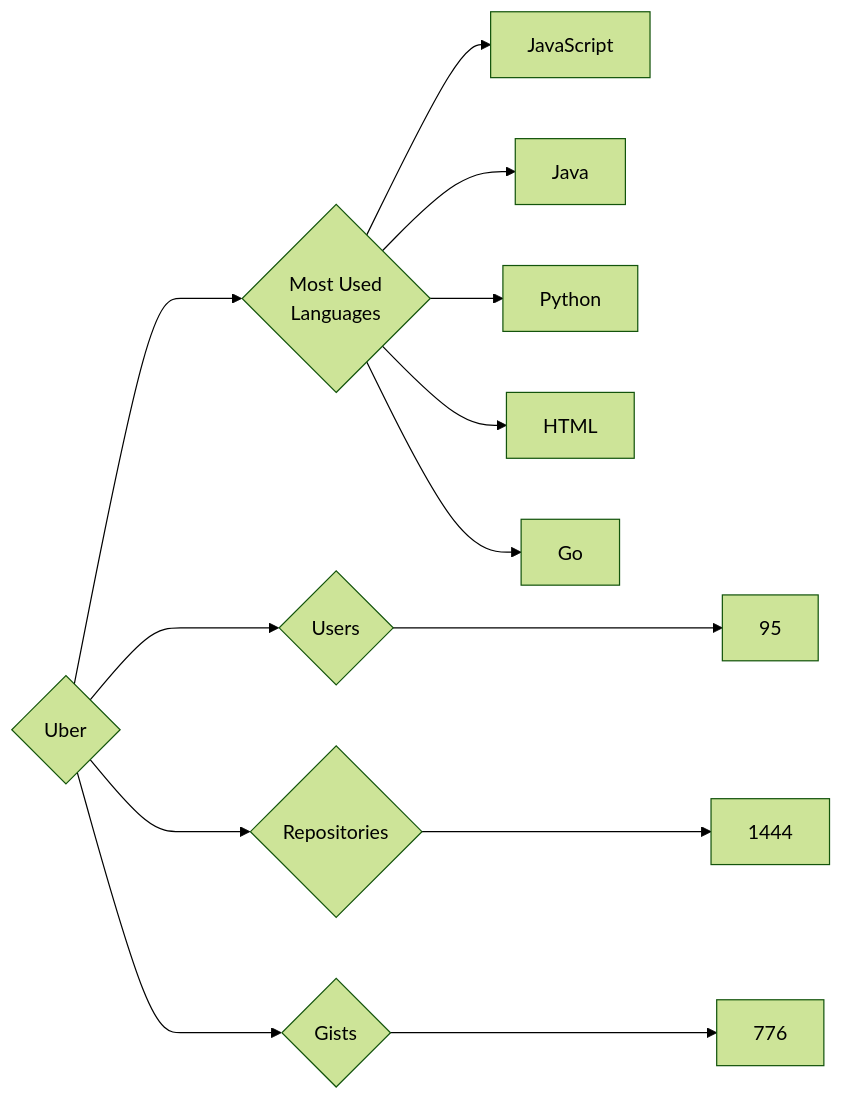
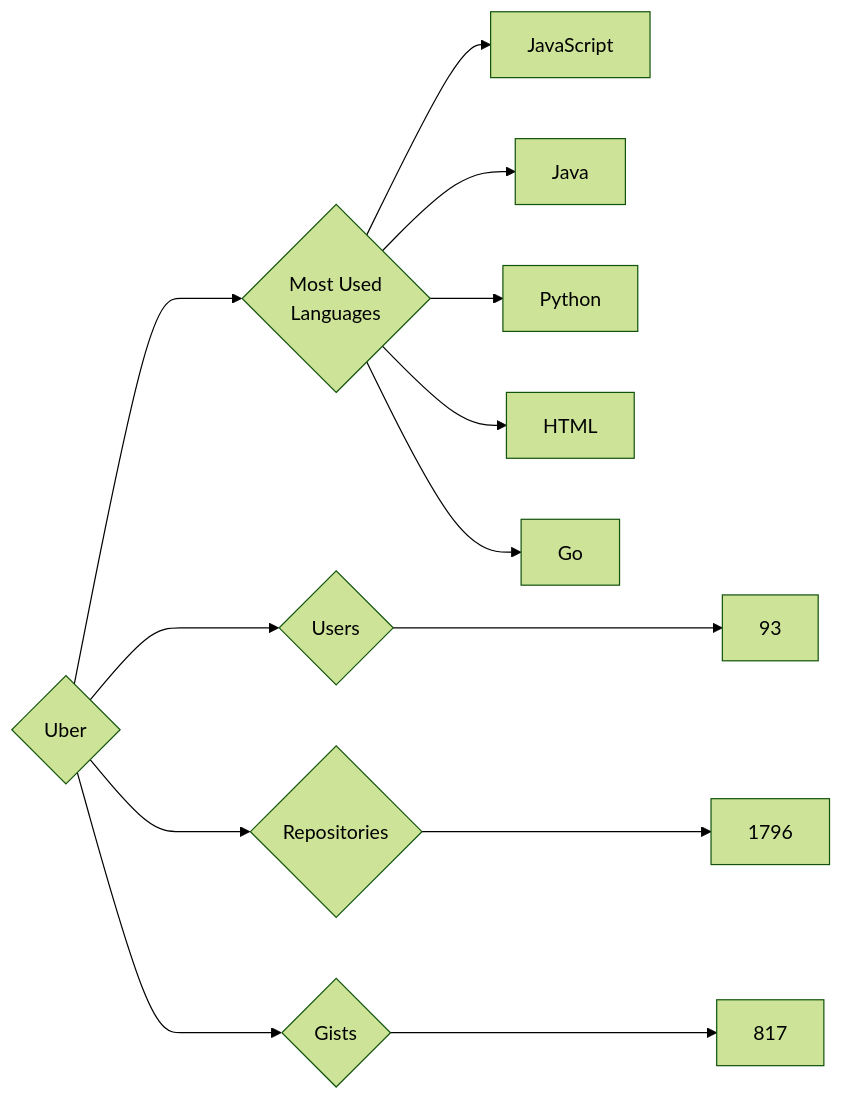
The diagram in targets/Uber/README.md (trickest/insiders), drawn with Mermaid (forest theme) before and after one commit. The commit also changed 939 other files, not shown here.

````diff
--- a/targets/Uber/README.md
+++ b/targets/Uber/README.md
@@ -3,13 +3,13 @@
 ```mermaid
 graph LR
 COMPANY_NAME{Uber}
-COMPANY_NAME ---> U{Users} ---> UN[95]
-COMPANY_NAME ---> R{Repositories} ---> RN[1444]
-COMPANY_NAME ---> G{Gists} ---> GN[776]
+COMPANY_NAME ---> U{Users} ---> UN[93]
+COMPANY_NAME ---> R{Repositories} ---> RN[1796]
+COMPANY_NAME ---> G{Gists} ---> GN[817]
 COMPANY_NAME ---> ML{Most Used<br>Languages}
 ML --> JavaScript[JavaScript]
 ML --> Java[Java]
 ML --> Python[Python]
 ML --> HTML[HTML]
 ML --> Go[Go]
 ```
````
